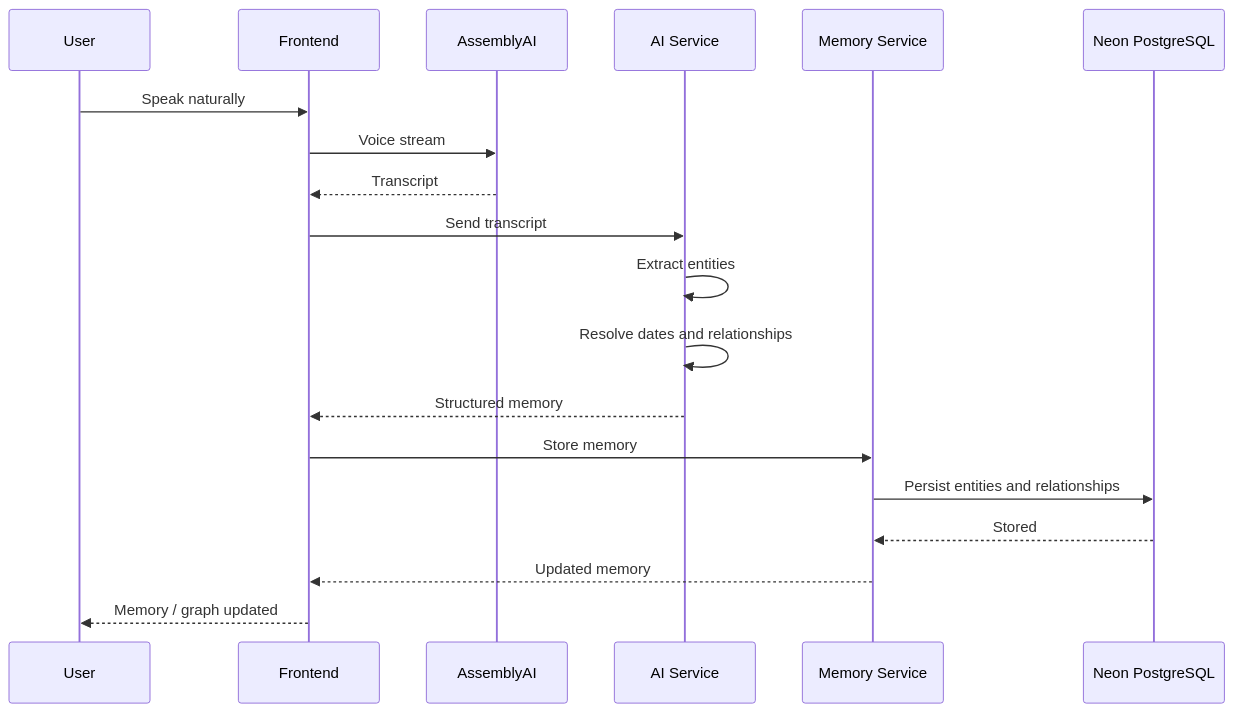
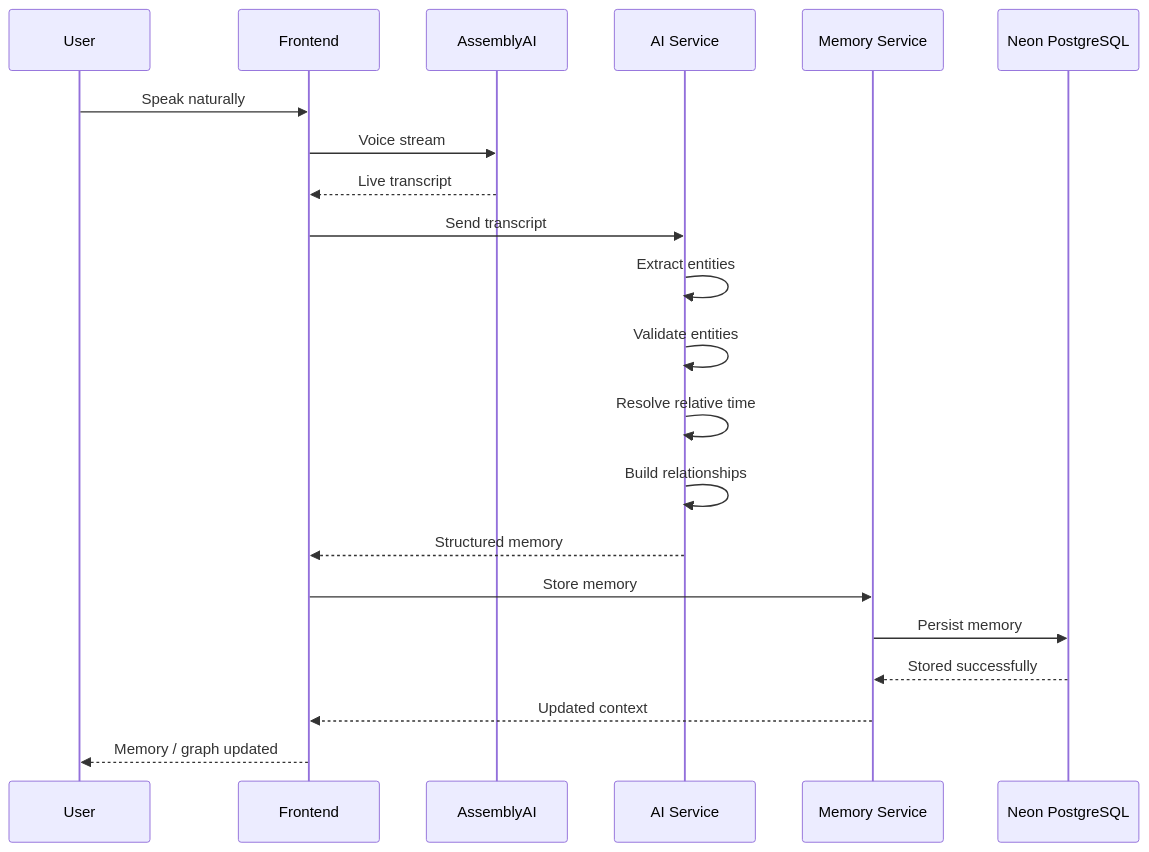
One commit to AroonZafar/EchoMind changed the second of 8 diagrams in README.md. Above: the diagram before and after it, drawn with Mermaid. The commit also changed other lines of this file, not shown here.

````diff
--- a/README.md
+++ b/README.md
@@ -100,22 +154,24 @@
-```mermaid
+~~~mermaid
 sequenceDiagram
-    participant User
-    participant Frontend
-    participant AssemblyAI
+    participant U as User
+    participant FE as Frontend
+    participant A as AssemblyAI
     participant AI as AI Service
-    participant Memory as Memory Service
+    participant M as Memory Service
     participant DB as Neon PostgreSQL
 
-    User->>Frontend: Speak naturally
-    Frontend->>AssemblyAI: Voice stream
-    AssemblyAI-->>Frontend: Transcript
-    Frontend->>AI: Send transcript
+    U->>FE: Speak naturally
+    FE->>A: Voice stream
+    A-->>FE: Live transcript
+    FE->>AI: Send transcript
     AI->>AI: Extract entities
-    AI->>AI: Resolve dates and relationships
-    AI-->>Frontend: Structured memory
-    Frontend->>Memory: Store memory
-    Memory->>DB: Persist entities and relationships
-    DB-->>Memory: Stored
-    Memory-->>Frontend: Updated memory
-    Frontend-->>User: Memory / graph updated
-```
+    AI->>AI: Validate entities
+    AI->>AI: Resolve relative time
+    AI->>AI: Build relationships
+    AI-->>FE: Structured memory
+    FE->>M: Store memory
+    M->>DB: Persist memory
+    DB-->>M: Stored successfully
+    M-->>FE: Updated context
+    FE-->>U: Memory / graph updated
+~~~
````
